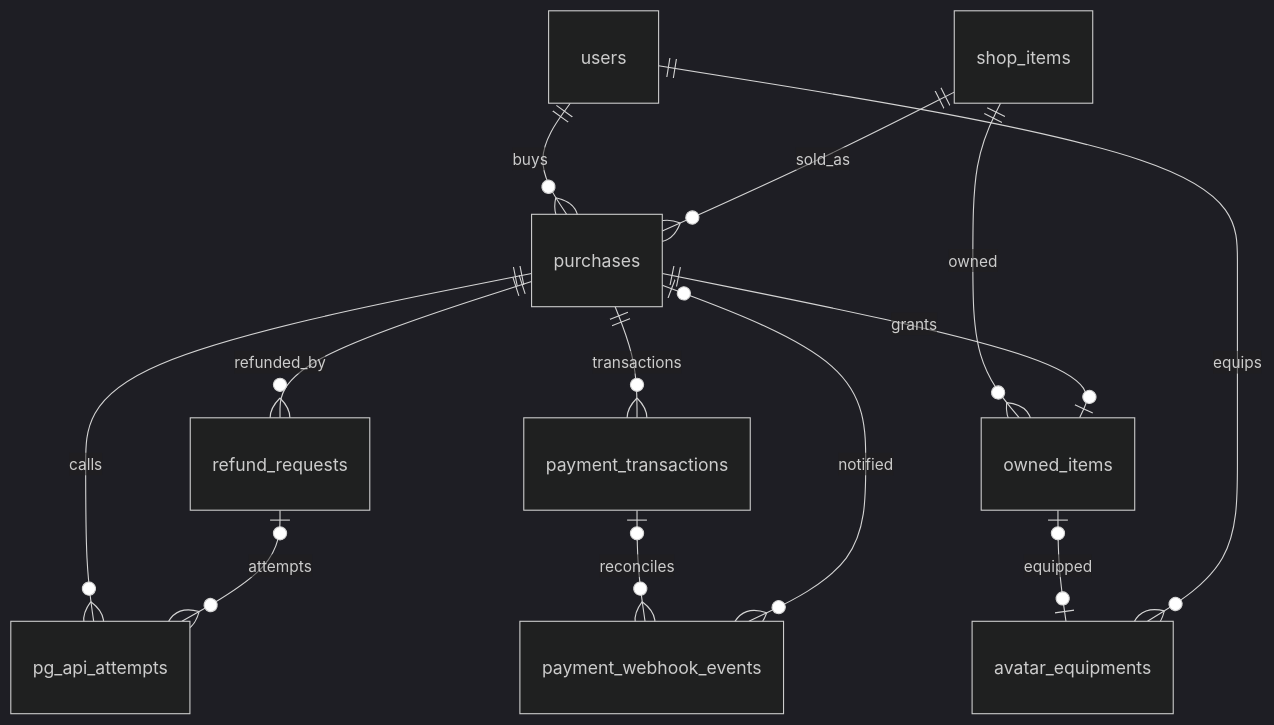
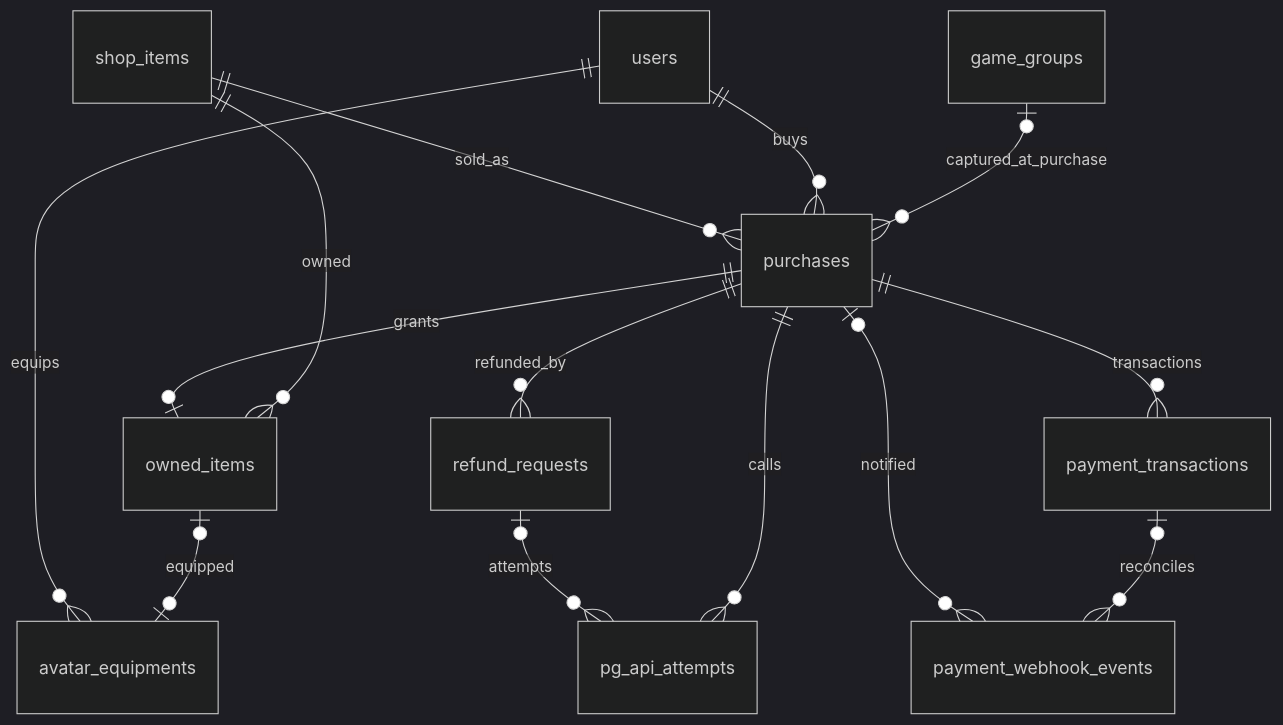
Before and after one commit to heebaek200/shared-creature-game: the fourth of 5 diagrams in docs/database-design.md, drawn with Mermaid (dark theme). The commit also changed other lines of this file and 3 other files, not shown here.

````diff
--- a/docs/database-design.md
+++ b/docs/database-design.md
@@ -162,15 +162,16 @@
 ```mermaid
 erDiagram
     shop_items ||--o{ purchases : sold_as
     users ||--o{ purchases : buys
+    game_groups o|--o{ purchases : captured_at_purchase
     purchases ||--o{ payment_transactions : transactions
     purchases ||--o| owned_items : grants
     shop_items ||--o{ owned_items : owned
     users ||--o{ avatar_equipments : equips
     owned_items o|--o| avatar_equipments : equipped
     purchases ||--o{ refund_requests : refunded_by
     refund_requests o|--o{ pg_api_attempts : attempts
     purchases ||--o{ pg_api_attempts : calls
     purchases o|--o{ payment_webhook_events : notified
     payment_transactions o|--o{ payment_webhook_events : reconciles
 ```
````
